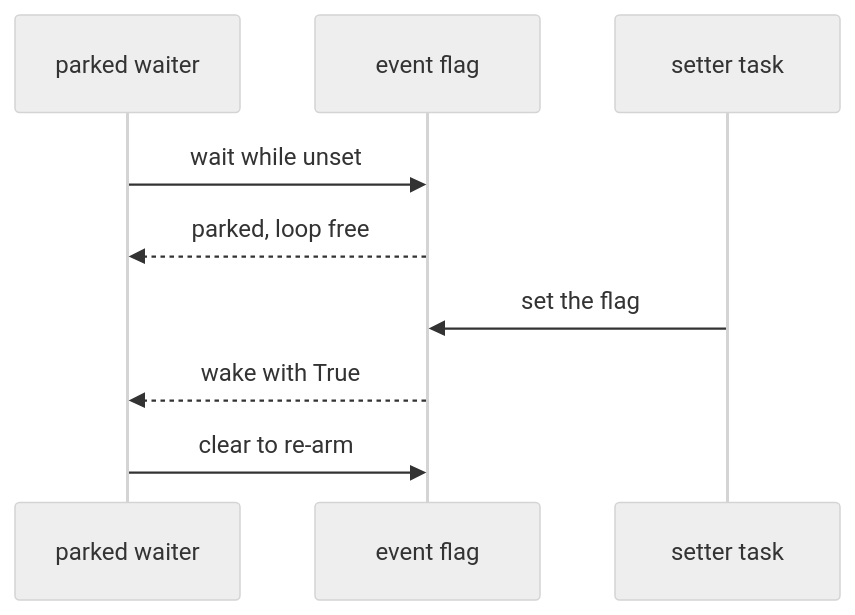
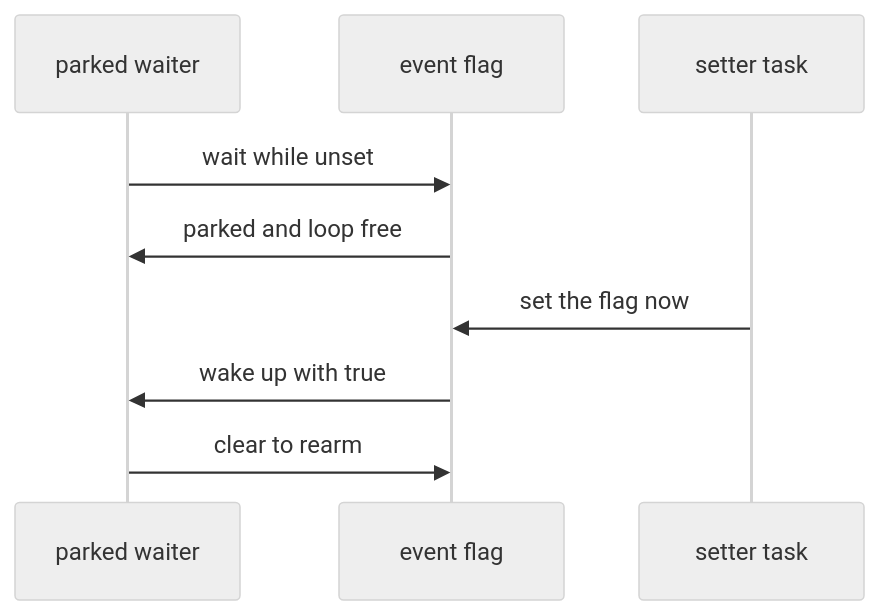
The fifth of 6 diagrams in docs/learning/15-asyncio.md (AslamNazeerShaikh/Python-Material), drawn with Mermaid (neutral theme) before and after one commit. The commit also changed other lines of this file and 16 other files, not shown here.

Commit message:
docs(learning): rebuild all mermaid in safe subset

````diff
--- a/docs/learning/15-asyncio.md
+++ b/docs/learning/15-asyncio.md
@@ -410,11 +411,11 @@
 ```mermaid
 sequenceDiagram
     participant Waiter as parked waiter
     participant Flag as event flag
     participant Setter as setter task
     Waiter->>Flag: wait while unset
-    Flag-->>Waiter: parked, loop free
-    Setter->>Flag: set the flag
-    Flag-->>Waiter: wake with True
-    Waiter->>Flag: clear to re-arm
+    Flag->>Waiter: parked and loop free
+    Setter->>Flag: set the flag now
+    Flag->>Waiter: wake up with true
+    Waiter->>Flag: clear to rearm
 ```
````
